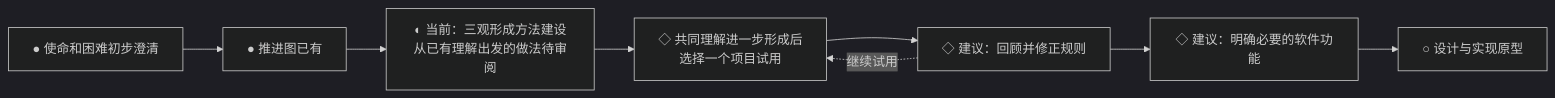
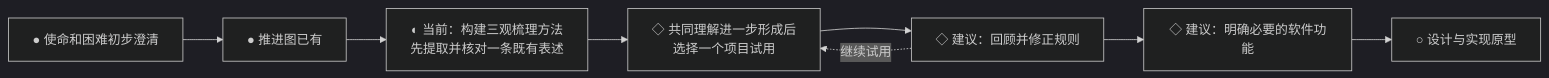
The second of 2 diagrams in 项目/人生飞轮/项目推进图.md (fangjiaqi2023-jpg/life-flywheel), drawn with Mermaid (dark theme) before and after one commit. The commit also changed other lines of this file, not shown here.

````diff
--- a/项目/人生飞轮/项目推进图.md
+++ b/项目/人生飞轮/项目推进图.md
@@ -38,10 +38,10 @@
 ```mermaid
 flowchart LR
     P0[● 使命和困难初步澄清] --> P1[● 推进图已有]
-    P1 --> P2[◐ 当前：三观形成方法建设<br/>从已有理解出发的做法待审阅]
+    P1 --> P2[◐ 当前：构建三观梳理方法<br/>先提取并核对一条既有表述]
     P2 --> P3[◇ 共同理解进一步形成后<br/>选择一个项目试用]
     P3 --> P4[◇ 建议：回顾并修正规则]
     P4 --> P5[◇ 建议：明确必要的软件功能]
     P5 --> P6[○ 设计与实现原型]
     P4 -.继续试用.-> P3
 ```
````
